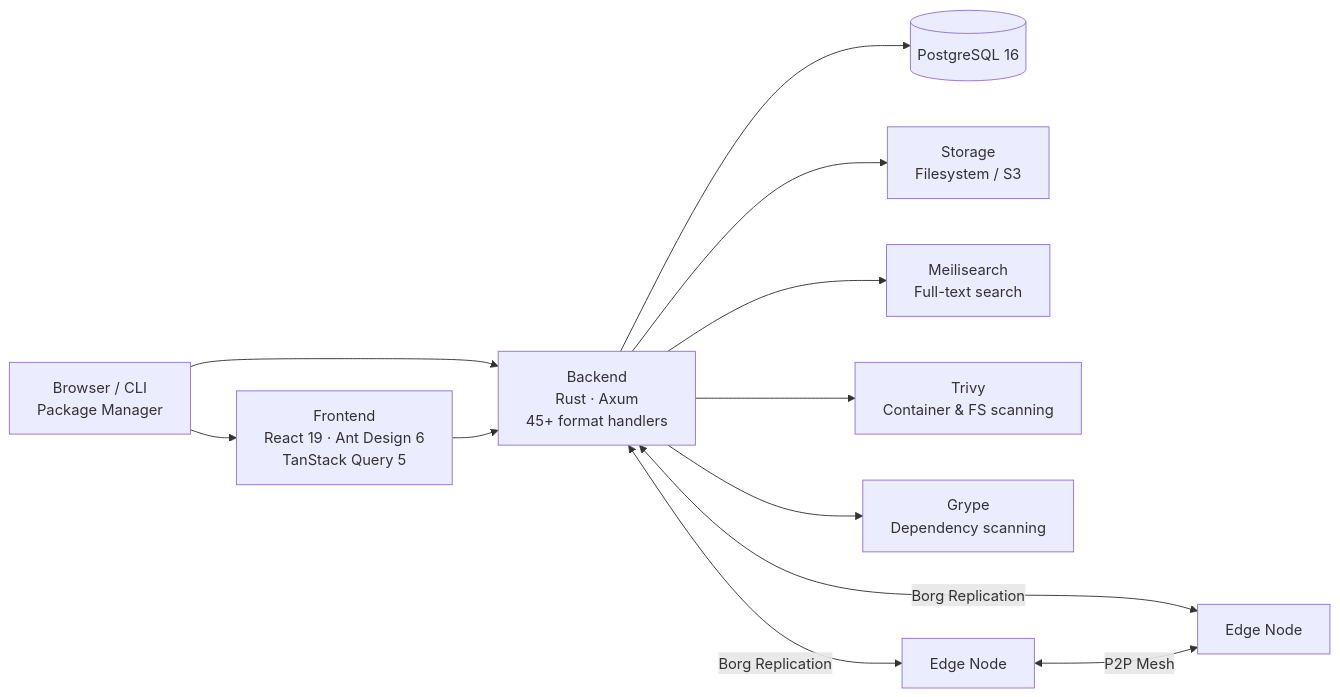
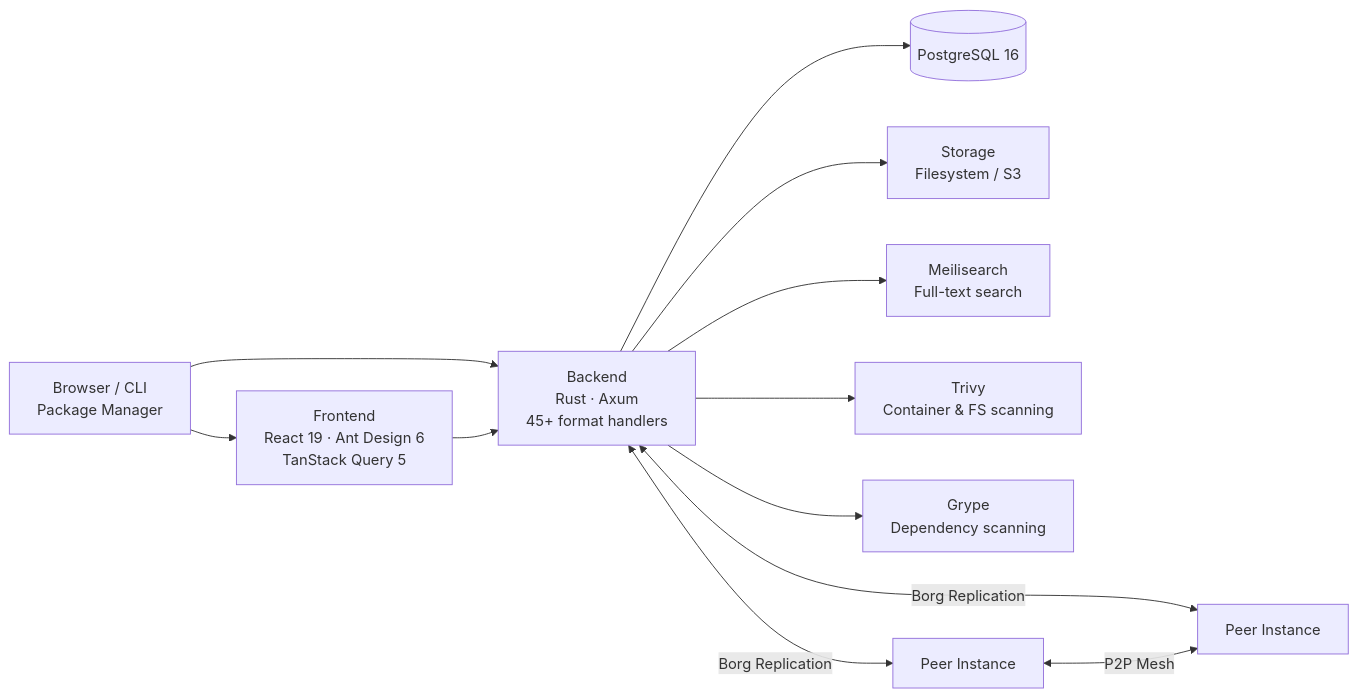
The first of 6 diagrams in site/src/content/docs/docs/getting-started/architecture.mdx (artifact-keeper/artifact-keeper), drawn with Mermaid before and after one commit. The commit also changed other lines of this file and 7 other files, not shown here.

First line of the commit message:
docs: Replace edge node terminology with peer replication model

````diff
--- a/site/src/content/docs/docs/getting-started/architecture.mdx
+++ b/site/src/content/docs/docs/getting-started/architecture.mdx
@@ -10,25 +10,25 @@
 ```mermaid
 graph LR
-    Client["Browser / CLI\nPackage Manager"]
-    Frontend["Frontend\nReact 19 · Ant Design 6\nTanStack Query 5"]
-    Backend["Backend\nRust · Axum\n45+ format handlers"]
+    Client["Browser / CLI<br/>Package Manager"]
+    Frontend["Frontend<br/>React 19 · Ant Design 6<br/>TanStack Query 5"]
+    Backend["Backend<br/>Rust · Axum<br/>45+ format handlers"]
     DB[(PostgreSQL 16)]
-    Storage["Storage\nFilesystem / S3"]
-    Meili["Meilisearch\nFull-text search"]
-    Trivy["Trivy\nContainer & FS scanning"]
-    Grype["Grype\nDependency scanning"]
-    Edge1["Edge Node"]
-    Edge2["Edge Node"]
+    Storage["Storage<br/>Filesystem / S3"]
+    Meili["Meilisearch<br/>Full-text search"]
+    Trivy["Trivy<br/>Container & FS scanning"]
+    Grype["Grype<br/>Dependency scanning"]
+    Peer1["Peer Instance"]
+    Peer2["Peer Instance"]
 
     Client --> Frontend
     Client --> Backend
     Frontend --> Backend
     Backend --> DB
     Backend --> Storage
     Backend --> Meili
     Backend --> Trivy
     Backend --> Grype
-    Backend <-->|Borg Replication| Edge1
-    Backend <-->|Borg Replication| Edge2
-    Edge1 <-->|P2P Mesh| Edge2
+    Backend <-->|Borg Replication| Peer1
+    Backend <-->|Borg Replication| Peer2
+    Peer1 <-->|P2P Mesh| Peer2
 ```
````
